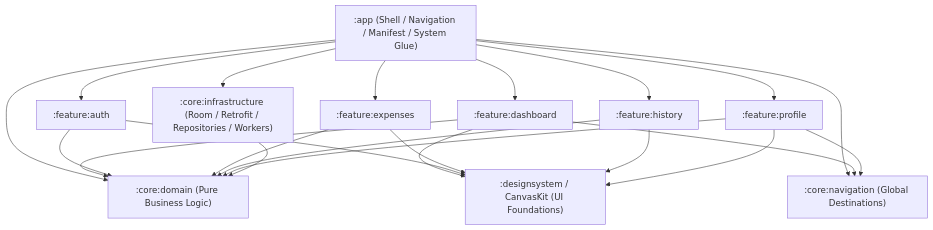
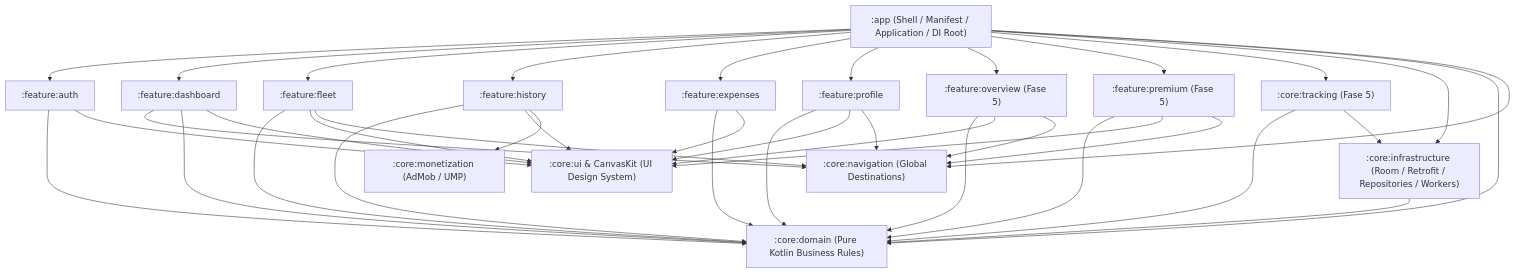
One commit to joshluq/kilomenos-android changed the second of 2 diagrams in docs/modularization_plan.md. Above: the diagram before and after it, drawn with Mermaid. The commit also changed other lines of this file and 19 other files, not shown here.

Commit message:
Extract the overview feature into a dedicated `:feature:overview`

````diff
--- a/docs/modularization_plan.md
+++ b/docs/modularization_plan.md
@@ -91,38 +148,67 @@
 ```mermaid
 graph TD
-    App[":app (Shell / Navigation / Manifest / System Glue)"]
-    Domain[":core:domain (Pure Business Logic)"]
+    App[":app (Shell / Manifest / Application / DI Root)"]
+    Domain[":core:domain (Pure Kotlin Business Rules)"]
     Infra[":core:infrastructure (Room / Retrofit / Repositories / Workers)"]
     Nav[":core:navigation (Global Destinations)"]
-    DesignSystem[":designsystem / CanvasKit (UI Foundations)"]
+    DesignSystem[":core:ui & CanvasKit (UI Design System)"]
+    Monetization[":core:monetization (AdMob / UMP)"]
+
     FeatureAuth[":feature:auth"]
     FeatureDashboard[":feature:dashboard"]
+    FeatureFleet[":feature:fleet"]
     FeatureHistory[":feature:history"]
     FeatureExpenses[":feature:expenses"]
     FeatureProfile[":feature:profile"]
+    FeatureOverview[":feature:overview (Fase 5)"]
+    FeaturePremium[":feature:premium (Fase 5)"]
+    CoreTracking[":core:tracking (Fase 5)"]
 
     App --> FeatureAuth
     App --> FeatureDashboard
+    App --> FeatureFleet
     App --> FeatureHistory
     App --> FeatureExpenses
     App --> FeatureProfile
+    App --> FeatureOverview
+    App --> FeaturePremium
+    App --> CoreTracking
     App --> Infra
     App --> Domain
     App --> Nav
 
     FeatureDashboard --> Nav
     FeatureDashboard --> Domain
     FeatureDashboard --> DesignSystem
 
+    FeatureFleet --> Domain
+    FeatureFleet --> DesignSystem
+    FeatureFleet --> Nav
+
     FeatureAuth --> Domain
     FeatureAuth --> DesignSystem
+
     FeatureExpenses --> Domain
     FeatureExpenses --> DesignSystem
+
     FeatureHistory --> Domain
     FeatureHistory --> DesignSystem
+    FeatureHistory --> Monetization
+
     FeatureProfile --> Domain
     FeatureProfile --> DesignSystem
     FeatureProfile --> Nav
 
+    FeatureOverview --> Domain
+    FeatureOverview --> DesignSystem
+    FeatureOverview --> Nav
+
+    FeaturePremium --> Domain
+    FeaturePremium --> DesignSystem
+    FeaturePremium --> Nav
+
+    CoreTracking --> Domain
+    CoreTracking --> Infra
+
     Infra --> Domain
 ```
````
